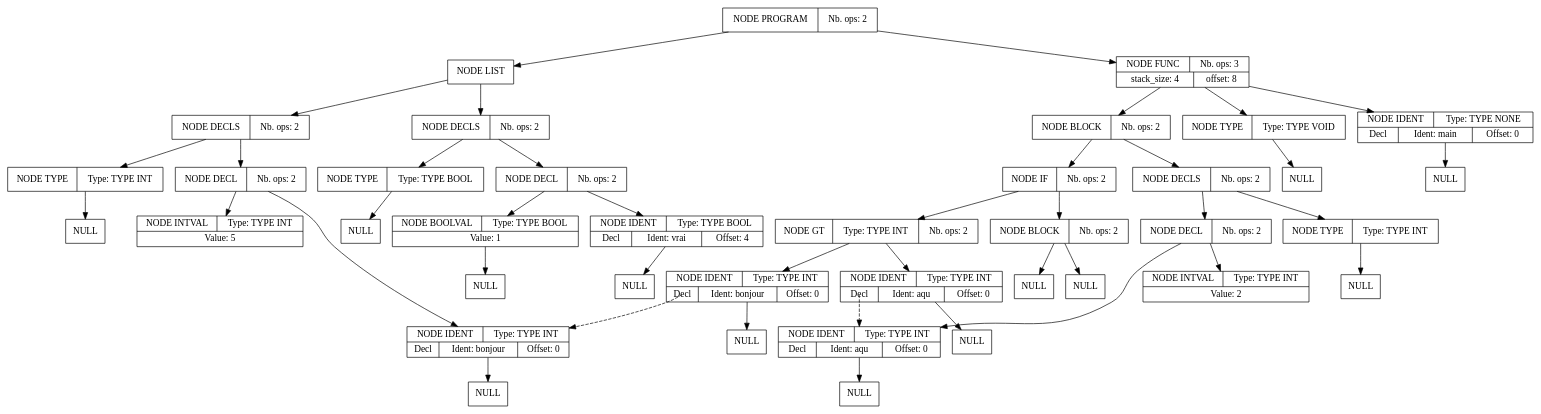
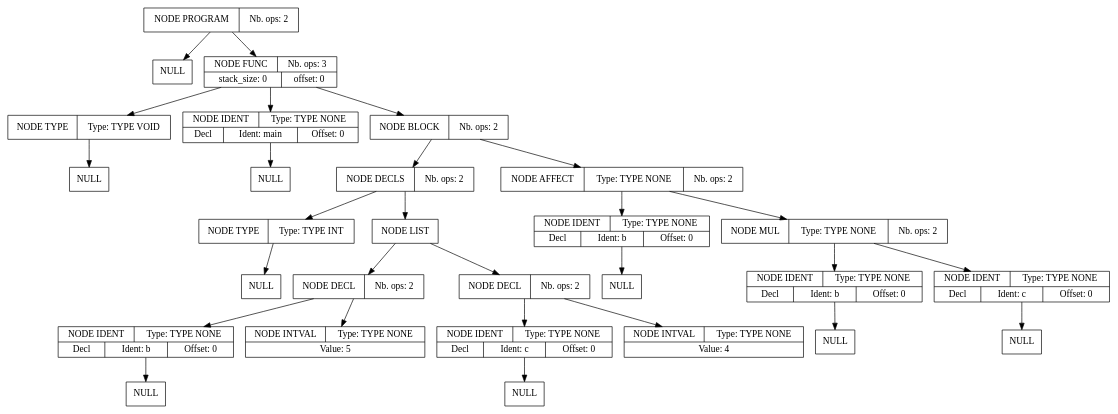
Before and after one commit to Harian-Elyoth/CompilateurMiniC: the diagram in src/post_pass1.dot, drawn with Graphviz. The commit also changed 32 other files, not shown here.

```diff
--- a/src/post_pass1.dot
+++ b/src/post_pass1.dot
@@ -1,121 +1,84 @@
 digraph global_vars {
     N1 [shape=record, label="{{NODE PROGRAM|Nb. ops: 2}}"];
-    N2 [shape=record, label="{{NODE LIST}}"];
-    N3 [shape=record, label="{{NODE DECLS|Nb. ops: 2}}"];
-    N4 [shape=record, label="{{NODE TYPE|Type: TYPE INT}}"];
+    N2 [shape=record, label="{{NULL}}"];
+    edge[tailclip=true];
+    N1 -> N2
+    N3 [shape=record, label="{{NODE FUNC|Nb. ops: 3}|{stack_size: 0|offset: 0}}"];
+    N4 [shape=record, label="{{NODE TYPE|Type: TYPE VOID}}"];
     N5 [shape=record, label="{{NULL}}"];
     edge[tailclip=true];
     N4 -> N5
     edge[tailclip=true];
     N3 -> N4
-    N6 [shape=record, label="{{NODE DECL|Nb. ops: 2}}"];
-    N7 [shape=record, label="{{NODE IDENT|Type: TYPE INT}|{<decl>Decl      |Ident: bonjour|Offset: 0}}"];
-    N8 [shape=record, label="{{NULL}}"];
-    edge[tailclip=true];
-    N7 -> N8
+    N6 [shape=record, label="{{NODE IDENT|Type: TYPE NONE}|{<decl>Decl      |Ident: main|Offset: 0}}"];
+    N7 [shape=record, label="{{NULL}}"];
     edge[tailclip=true];
     N6 -> N7
-    N9 [shape=record, label="{{NODE INTVAL|Type: TYPE INT}|{Value: 5}}"];
-    edge[tailclip=true];
-    N6 -> N9
     edge[tailclip=true];
     N3 -> N6
-    edge[tailclip=true];
-    N2 -> N3
-    N10 [shape=record, label="{{NODE DECLS|Nb. ops: 2}}"];
-    N11 [shape=record, label="{{NODE TYPE|Type: TYPE BOOL}}"];
-    N12 [shape=record, label="{{NULL}}"];
-    edge[tailclip=true];
-    N11 -> N12
+    N8 [shape=record, label="{{NODE BLOCK|Nb. ops: 2}}"];
+    N9 [shape=record, label="{{NODE DECLS|Nb. ops: 2}}"];
+    N10 [shape=record, label="{{NODE TYPE|Type: TYPE INT}}"];
+    N11 [shape=record, label="{{NULL}}"];
     edge[tailclip=true];
     N10 -> N11
+    edge[tailclip=true];
+    N9 -> N10
+    N12 [shape=record, label="{{NODE LIST}}"];
     N13 [shape=record, label="{{NODE DECL|Nb. ops: 2}}"];
-    N14 [shape=record, label="{{NODE IDENT|Type: TYPE BOOL}|{<decl>Decl      |Ident: vrai|Offset: 4}}"];
+    N14 [shape=record, label="{{NODE IDENT|Type: TYPE NONE}|{<decl>Decl      |Ident: b|Offset: 0}}"];
     N15 [shape=record, label="{{NULL}}"];
     edge[tailclip=true];
     N14 -> N15
     edge[tailclip=true];
     N13 -> N14
-    N16 [shape=record, label="{{NODE BOOLVAL|Type: TYPE BOOL}|{Value: 1}}"];
-    N17 [shape=record, label="{{NULL}}"];
-    edge[tailclip=true];
-    N16 -> N17
+    N16 [shape=record, label="{{NODE INTVAL|Type: TYPE NONE}|{Value: 5}}"];
     edge[tailclip=true];
     N13 -> N16
     edge[tailclip=true];
-    N10 -> N13
-    edge[tailclip=true];
-    N2 -> N10
-    edge[tailclip=true];
-    N1 -> N2
-    N18 [shape=record, label="{{NODE FUNC|Nb. ops: 3}|{stack_size: 4|offset: 8}}"];
-    N19 [shape=record, label="{{NODE TYPE|Type: TYPE VOID}}"];
-    N20 [shape=record, label="{{NULL}}"];
-    edge[tailclip=true];
-    N19 -> N20
+    N12 -> N13
+    N17 [shape=record, label="{{NODE DECL|Nb. ops: 2}}"];
+    N18 [shape=record, label="{{NODE IDENT|Type: TYPE NONE}|{<decl>Decl      |Ident: c|Offset: 0}}"];
+    N19 [shape=record, label="{{NULL}}"];
     edge[tailclip=true];
     N18 -> N19
-    N21 [shape=record, label="{{NODE IDENT|Type: TYPE NONE}|{<decl>Decl      |Ident: main|Offset: 0}}"];
-    N22 [shape=record, label="{{NULL}}"];
+    edge[tailclip=true];
+    N17 -> N18
+    N20 [shape=record, label="{{NODE INTVAL|Type: TYPE NONE}|{Value: 4}}"];
+    edge[tailclip=true];
+    N17 -> N20
+    edge[tailclip=true];
+    N12 -> N17
+    edge[tailclip=true];
+    N9 -> N12
+    edge[tailclip=true];
+    N8 -> N9
+    N21 [shape=record, label="{{NODE AFFECT|Type: TYPE NONE|Nb. ops: 2}}"];
+    N22 [shape=record, label="{{NODE IDENT|Type: TYPE NONE}|{<decl>Decl      |Ident: b|Offset: 0}}"];
+    N23 [shape=record, label="{{NULL}}"];
+    edge[tailclip=true];
+    N22 -> N23
     edge[tailclip=true];
     N21 -> N22
-    edge[tailclip=true];
-    N18 -> N21
-    N23 [shape=record, label="{{NODE BLOCK|Nb. ops: 2}}"];
-    N24 [shape=record, label="{{NODE DECLS|Nb. ops: 2}}"];
-    N25 [shape=record, label="{{NODE TYPE|Type: TYPE INT}}"];
+    N24 [shape=record, label="{{NODE MUL|Type: TYPE NONE|Nb. ops: 2}}"];
+    N25 [shape=record, label="{{NODE IDENT|Type: TYPE NONE}|{<decl>Decl      |Ident: b|Offset: 0}}"];
     N26 [shape=record, label="{{NULL}}"];
     edge[tailclip=true];
     N25 -> N26
     edge[tailclip=true];
     N24 -> N25
-    N27 [shape=record, label="{{NODE DECL|Nb. ops: 2}}"];
-    N28 [shape=record, label="{{NODE IDENT|Type: TYPE INT}|{<decl>Decl      |Ident: aqu|Offset: 0}}"];
-    N29 [shape=record, label="{{NULL}}"];
-    edge[tailclip=true];
-    N28 -> N29
+    N27 [shape=record, label="{{NODE IDENT|Type: TYPE NONE}|{<decl>Decl      |Ident: c|Offset: 0}}"];
+    N28 [shape=record, label="{{NULL}}"];
     edge[tailclip=true];
     N27 -> N28
-    N30 [shape=record, label="{{NODE INTVAL|Type: TYPE INT}|{Value: 2}}"];
-    edge[tailclip=true];
-    N27 -> N30
     edge[tailclip=true];
     N24 -> N27
     edge[tailclip=true];
-    N23 -> N24
-    N31 [shape=record, label="{{NODE IF|Nb. ops: 2}}"];
-    N32 [shape=record, label="{{NODE GT|Type: TYPE INT|Nb. ops: 2}}"];
-    N33 [shape=record, label="{{NODE IDENT|Type: TYPE INT}|{<decl>Decl      |Ident: aqu|Offset: 0}}"];
-    edge[tailclip=false];
-    "N33":decl:c -> "N28" [style=dashed]
-    N34 [shape=record, label="{{NULL}}"];
+    N21 -> N24
     edge[tailclip=true];
-    N33 -> N34
+    N8 -> N21
     edge[tailclip=true];
-    N32 -> N33
-    N35 [shape=record, label="{{NODE IDENT|Type: TYPE INT}|{<decl>Decl      |Ident: bonjour|Offset: 0}}"];
-    edge[tailclip=false];
-    "N35":decl:c -> "N7" [style=dashed]
-    N36 [shape=record, label="{{NULL}}"];
+    N3 -> N8
     edge[tailclip=true];
-    N35 -> N36
-    edge[tailclip=true];
-    N32 -> N35
-    edge[tailclip=true];
-    N31 -> N32
-    N37 [shape=record, label="{{NODE BLOCK|Nb. ops: 2}}"];
-    N38 [shape=record, label="{{NULL}}"];
-    edge[tailclip=true];
-    N37 -> N38
-    N39 [shape=record, label="{{NULL}}"];
-    edge[tailclip=true];
-    N37 -> N39
-    edge[tailclip=true];
-    N31 -> N37
-    edge[tailclip=true];
-    N23 -> N31
-    edge[tailclip=true];
-    N18 -> N23
-    edge[tailclip=true];
-    N1 -> N18
+    N1 -> N3
 }
```
